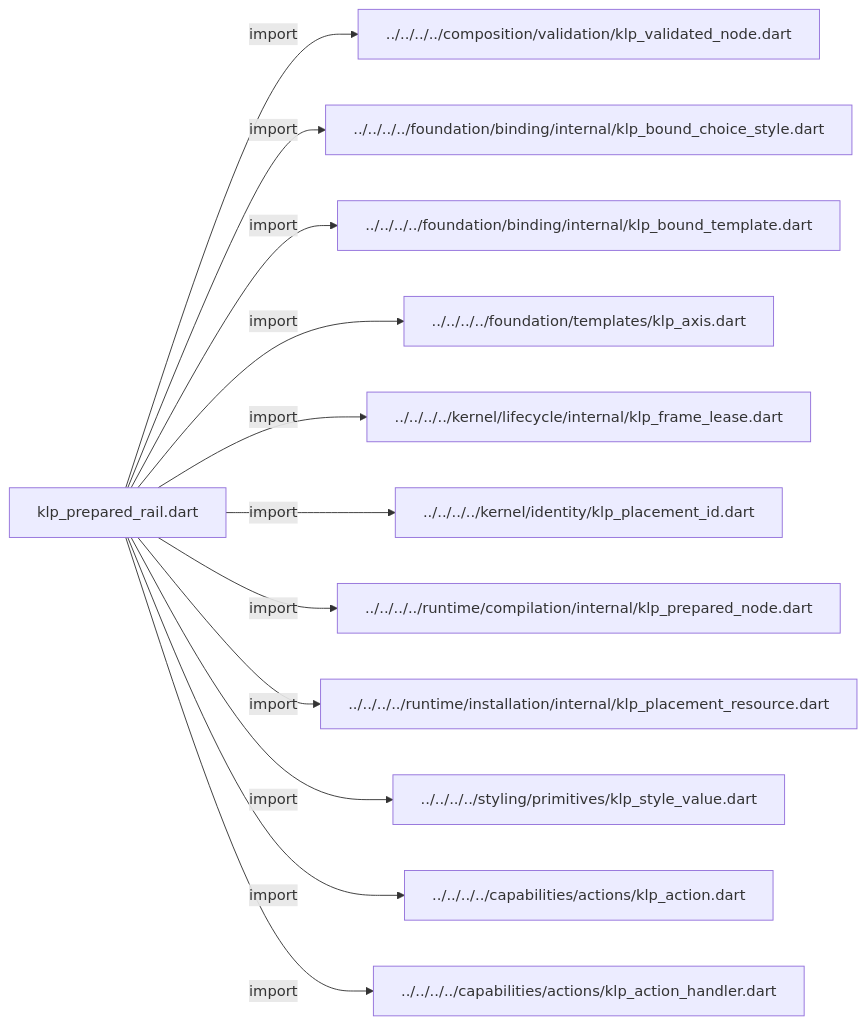
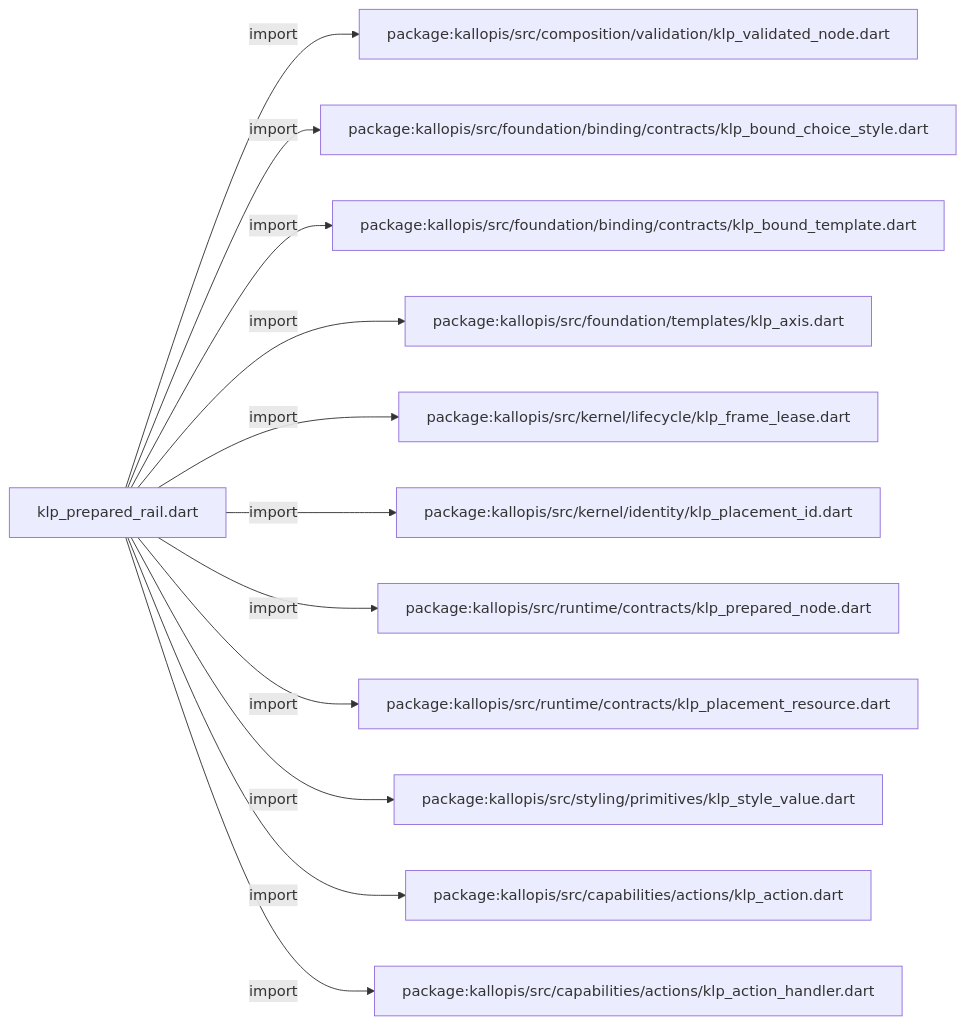
Before and after one commit to MiuDog/Kallopis: the first of 4 diagrams in docs/architecture/src/features/navigation/rail/internal/klp_prepared_rail.md, drawn with Mermaid. The commit also changed other lines of this file and 9688 other files, not shown here.

Commit message:
Prepare isolated Flow F2 peer baseline

````diff
--- a/docs/architecture/src/features/navigation/rail/internal/klp_prepared_rail.md
+++ b/docs/architecture/src/features/navigation/rail/internal/klp_prepared_rail.md
@@ -11,26 +11,26 @@
 ```mermaid
 flowchart LR
 	n0["klp_prepared_rail.dart"]
-	n1["../../../../composition/validation/klp_validated_node.dart"]
-	n2["../../../../foundation/binding/internal/klp_bound_choice_style.dart"]
-	n3["../../../../foundation/binding/internal/klp_bound_template.dart"]
-	n4["../../../../foundation/templates/klp_axis.dart"]
-	n5["../../../../kernel/lifecycle/internal/klp_frame_lease.dart"]
-	n6["../../../../kernel/identity/klp_placement_id.dart"]
-	n7["../../../../runtime/compilation/internal/klp_prepared_node.dart"]
-	n8["../../../../runtime/installation/internal/klp_placement_resource.dart"]
-	n9["../../../../styling/primitives/klp_style_value.dart"]
-	n10["../../../../capabilities/actions/klp_action.dart"]
-	n11["../../../../capabilities/actions/klp_action_handler.dart"]
+	n1["package:kallopis/src/composition/validation/klp_validated_node.dart"]
+	n2["package:kallopis/src/foundation/binding/contracts/klp_bound_choice_style.dart"]
+	n3["package:kallopis/src/foundation/binding/contracts/klp_bound_template.dart"]
+	n4["package:kallopis/src/foundation/templates/klp_axis.dart"]
+	n5["package:kallopis/src/kernel/lifecycle/klp_frame_lease.dart"]
+	n6["package:kallopis/src/kernel/identity/klp_placement_id.dart"]
+	n7["package:kallopis/src/runtime/contracts/klp_prepared_node.dart"]
+	n8["package:kallopis/src/runtime/contracts/klp_placement_resource.dart"]
+	n9["package:kallopis/src/styling/primitives/klp_style_value.dart"]
+	n10["package:kallopis/src/capabilities/actions/klp_action.dart"]
+	n11["package:kallopis/src/capabilities/actions/klp_action_handler.dart"]
 	n0 -->|"import"| n1
 	n0 -->|"import"| n2
 	n0 -->|"import"| n3
 	n0 -->|"import"| n4
 	n0 -->|"import"| n5
 	n0 -->|"import"| n6
 	n0 -->|"import"| n7
 	n0 -->|"import"| n8
 	n0 -->|"import"| n9
 	n0 -->|"import"| n10
 	n0 -->|"import"| n11
 ```
````
